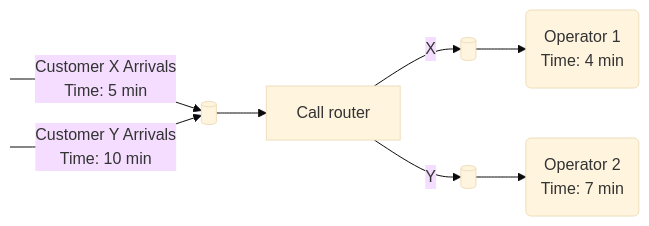
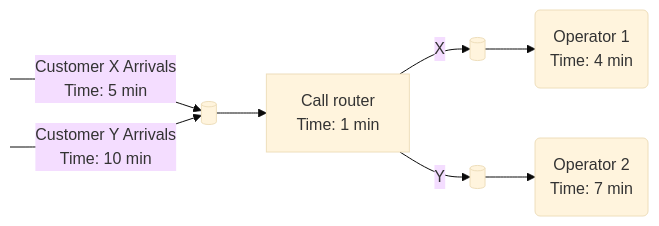
The second of 3 diagrams in 1.2_Three_Phase_Simulation.md (jacquesbergelius/PP-CourseMaterial), drawn with Mermaid (base theme) before and after one commit. The commit also changed other lines of this file and 1 other file, not shown here.

````diff
--- a/1.2_Three_Phase_Simulation.md
+++ b/1.2_Three_Phase_Simulation.md
@@ -105,13 +105,13 @@
 ```mermaid
 flowchart LR
     nowhere1[ ] -->|Customer X Arrivals<br>Time: 5 min| buffer1[( )]
     nowhere2[ ] -->|Customer Y Arrivals<br>Time: 10 min| buffer1[( )]
-    buffer1 --> router[Call router]
+    buffer1 --> router[Call router<br>Time: 1 min]
     router -->|X| bufferX[( )]
     router -->|Y| bufferY[( )]
     bufferX --> operator1(Operator 1<br>Time: 4 min)
     bufferY --> operator2(Operator 2<br>Time: 7 min)
 
     style nowhere1 height:0px;
     style nowhere2 height:0px;
 ```
````
